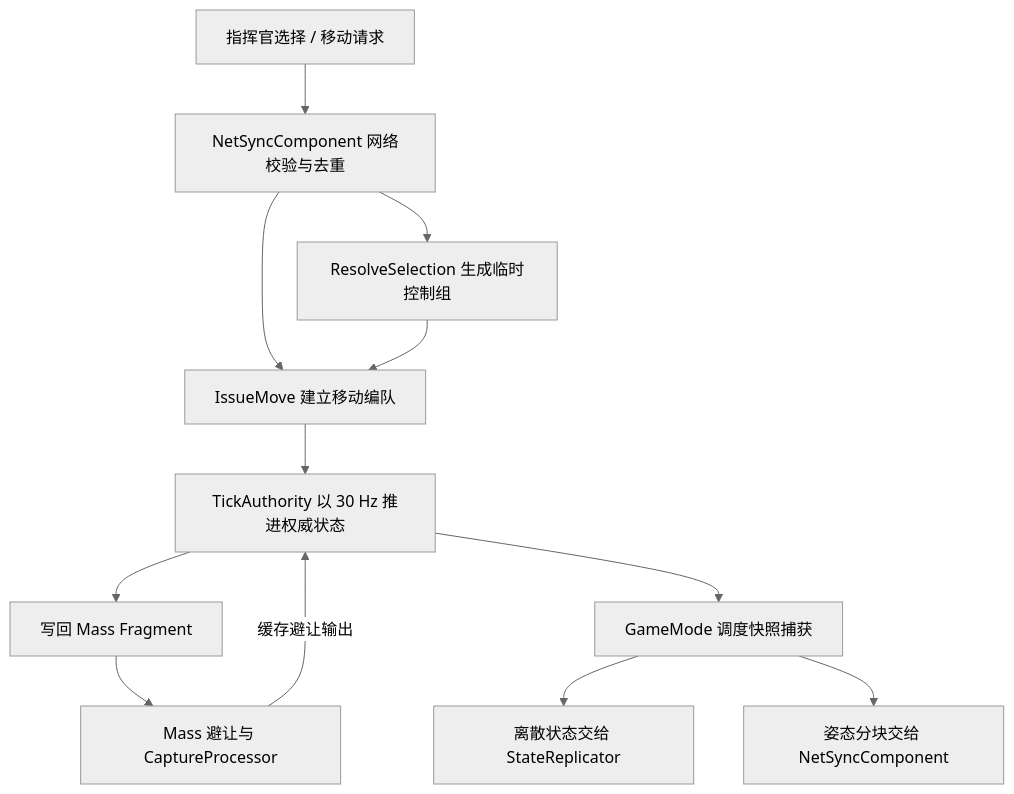
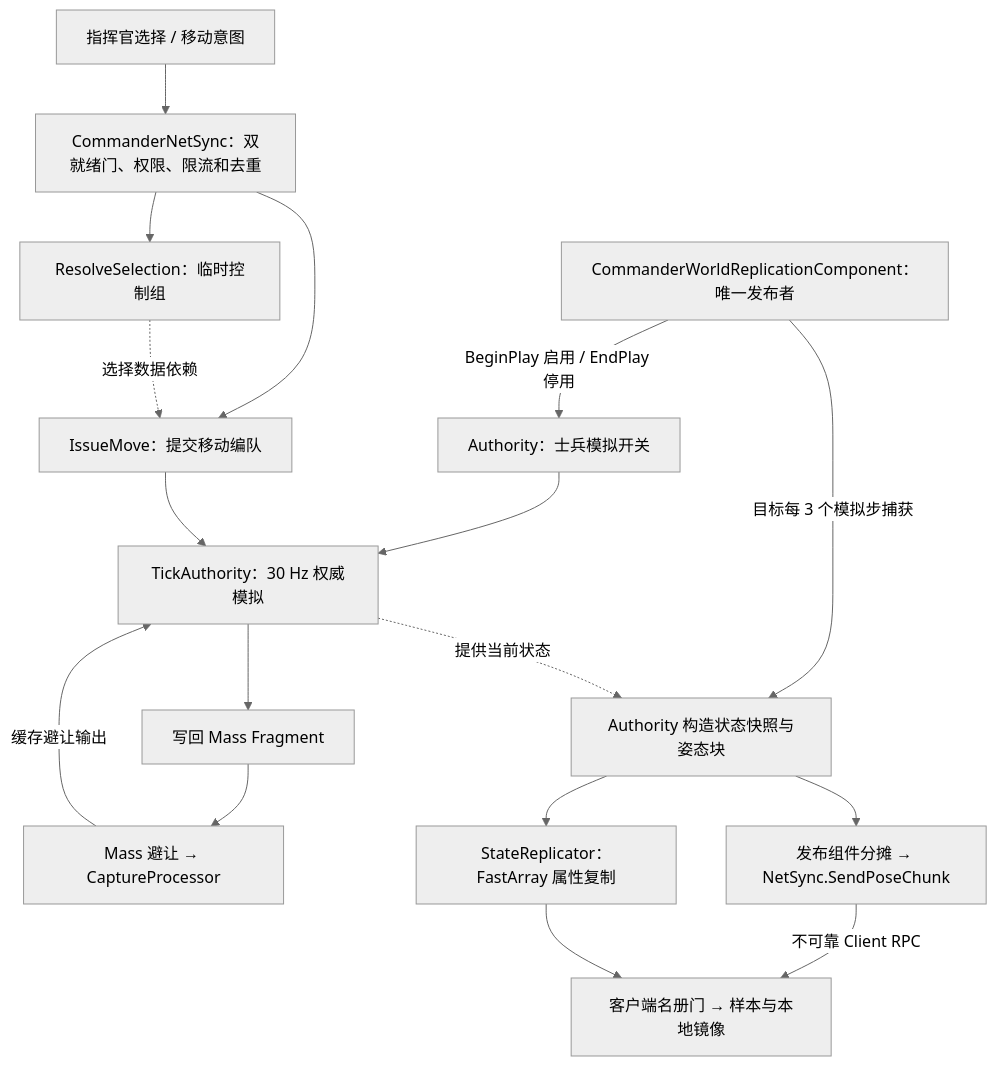
Before and after one commit to QHXRPG-A/GuLiStrike: the diagram in Progress/DevelopmentDocumentation/Mass精读笔记/GuLiBattleAuthoritySubsystem.md, drawn with Mermaid (neutral theme). The commit also changed other lines of this file and 82 other files, not shown here.

````diff
--- a/Progress/DevelopmentDocumentation/Mass精读笔记/GuLiBattleAuthoritySubsystem.md
+++ b/Progress/DevelopmentDocumentation/Mass精读笔记/GuLiBattleAuthoritySubsystem.md
@@ -24,14 +24,19 @@
 ```mermaid
 flowchart TD
-    A[指挥官选择 / 移动请求] --> B[NetSyncComponent 网络校验与去重]
-    B --> C[ResolveSelection 生成临时控制组]
-    B --> D[IssueMove 建立移动编队]
-    C --> D
-    D --> E[TickAuthority 以 30 Hz 推进权威状态]
-    E --> F[写回 Mass Fragment]
-    F --> G[Mass 避让与 CaptureProcessor]
+    W["CommanderWorldReplicationComponent：唯一发布者"] -->|BeginPlay 启用 / EndPlay 停用| U["Authority：士兵模拟开关"]
+    A["指挥官选择 / 移动意图"] --> B["CommanderNetSync：双就绪门、权限、限流和去重"]
+    B --> C["ResolveSelection：临时控制组"]
+    B --> D["IssueMove：提交移动编队"]
+    C -.选择数据依赖.-> D
+    U --> E["TickAuthority：30 Hz 权威模拟"]
+    D --> E
+    E --> F["写回 Mass Fragment"]
+    F --> G["Mass 避让 → CaptureProcessor"]
     G -->|缓存避让输出| E
-    E --> H[GameMode 调度快照捕获]
-    H --> I[离散状态交给 StateReplicator]
-    H --> J[姿态分块交给 NetSyncComponent]
+    W -->|目标每 3 个模拟步捕获| H["Authority 构造状态快照与姿态块"]
+    E -.提供当前状态.-> H
+    H --> I["StateReplicator：FastArray 属性复制"]
+    H --> J["发布组件分摊 → NetSync.SendPoseChunk"]
+    J -->|不可靠 Client RPC| K["客户端名册门 → 样本与本地镜像"]
+    I --> K
 ```
````
